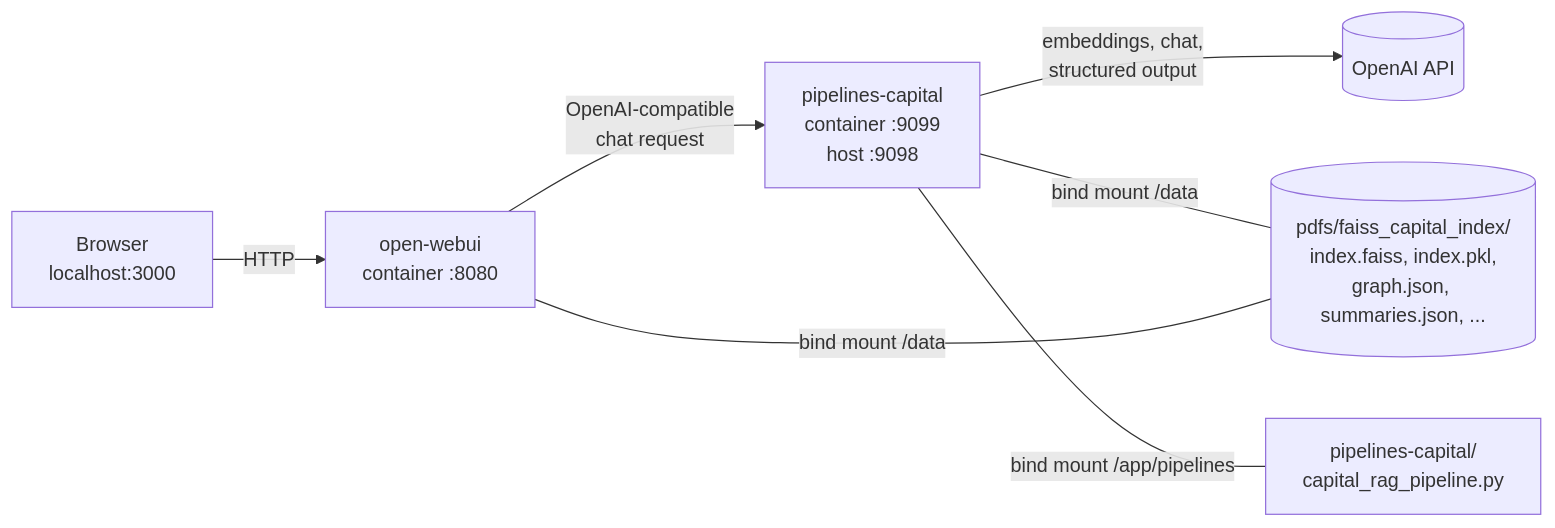
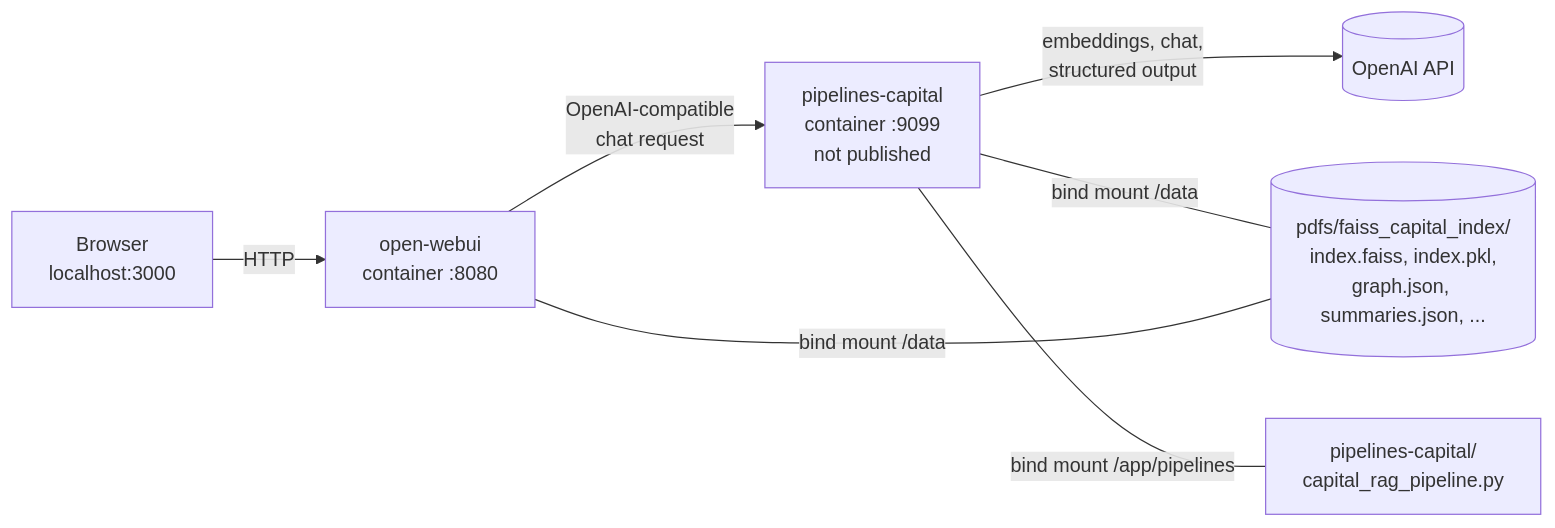
One commit to HaukeHoppe/MjoellnirAI changed the first of 4 diagrams in docs/CAPITAL_RAG_PIPELINE.md. Above: the diagram before and after it, drawn with Mermaid. The commit also changed other lines of this file and 5 other files, not shown here.

````diff
--- a/docs/CAPITAL_RAG_PIPELINE.md
+++ b/docs/CAPITAL_RAG_PIPELINE.md
@@ -58,9 +58,9 @@
 ```mermaid
 flowchart LR
     B[Browser<br/>localhost:3000] -->|HTTP| OW[open-webui<br/>container :8080]
-    OW -->|OpenAI-compatible<br/>chat request| PC[pipelines-capital<br/>container :9099<br/>host :9098]
+    OW -->|OpenAI-compatible<br/>chat request| PC[pipelines-capital<br/>container :9099<br/>not published]
     PC -->|embeddings, chat,<br/>structured output| OA[(OpenAI API)]
     PC ---|bind mount /data| IDX[(pdfs/faiss_capital_index/<br/>index.faiss, index.pkl,<br/>graph.json, summaries.json, ...)]
     PC ---|bind mount /app/pipelines| PY[pipelines-capital/<br/>capital_rag_pipeline.py]
     OW ---|bind mount /data| IDX
 ```
````
